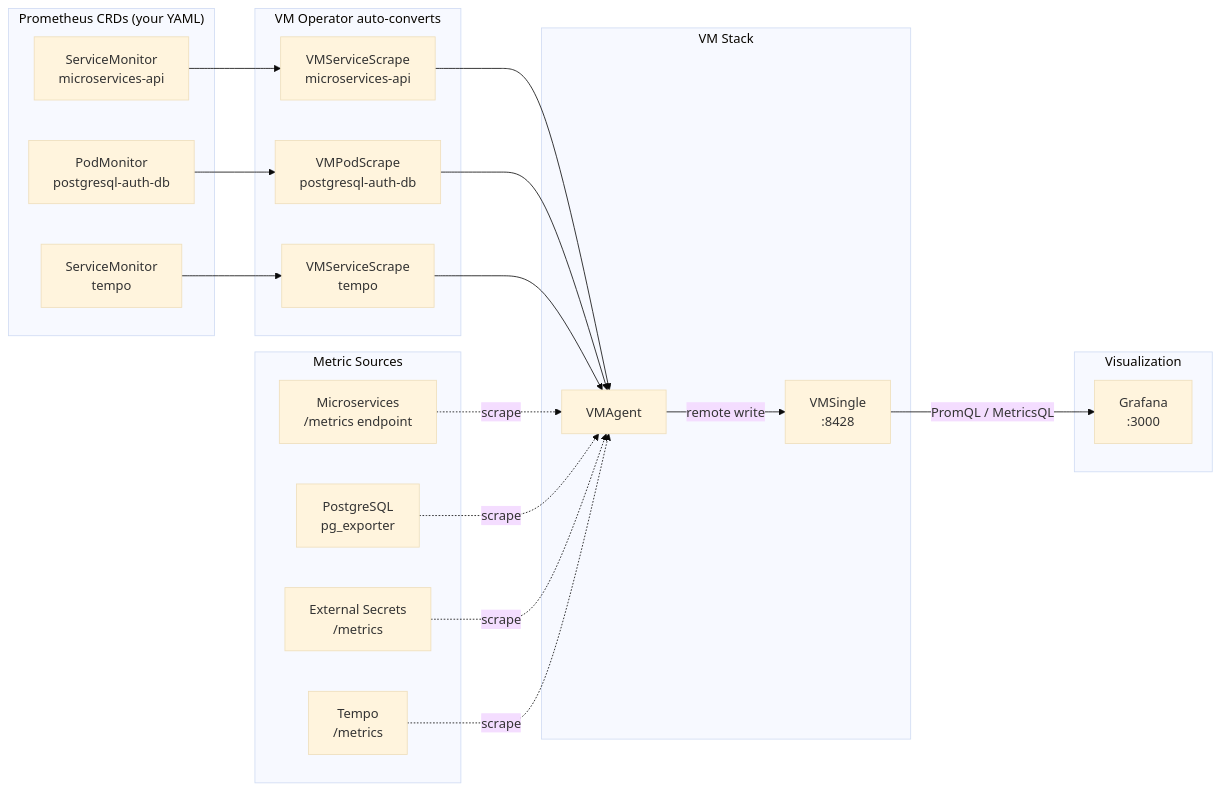
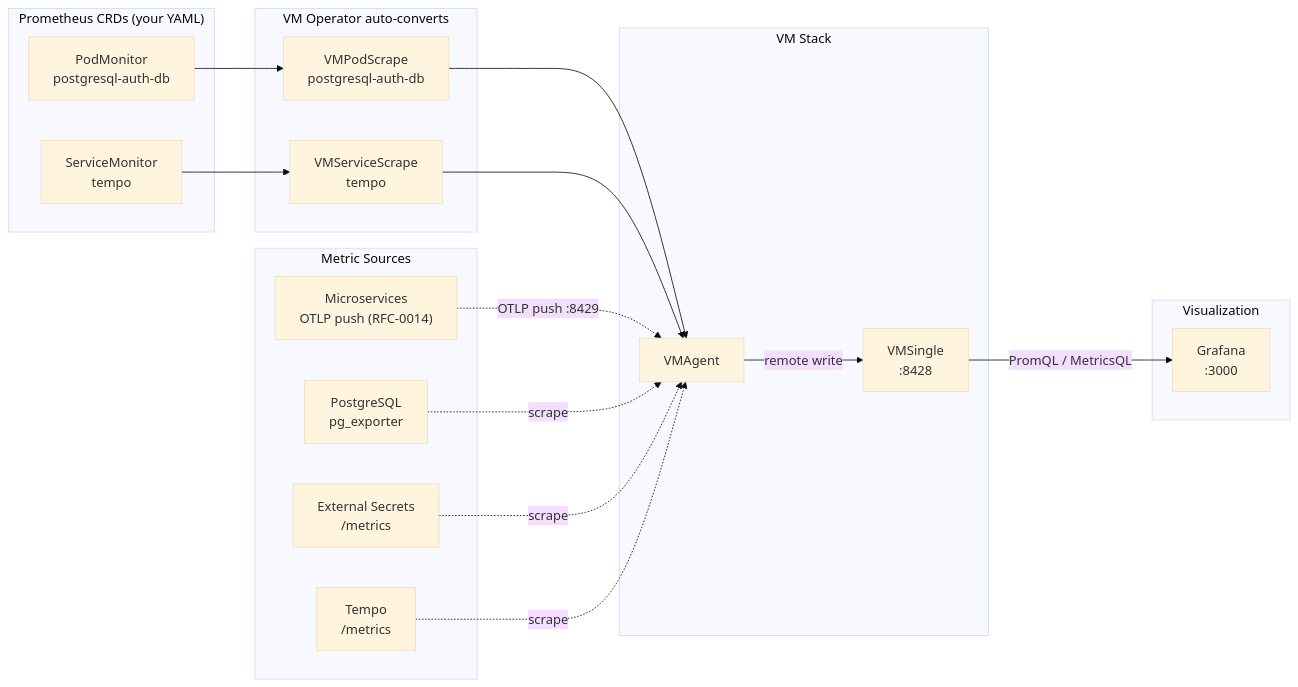
The fourth of 6 diagrams in docs/observability/metrics/victoriametrics.md (duynhlab/homelab), drawn with Mermaid (base theme) before and after one commit. The commit also changed other lines of this file and 13 other files, not shown here.

````diff
--- a/docs/observability/metrics/victoriametrics.md
+++ b/docs/observability/metrics/victoriametrics.md
@@ -448,46 +449,42 @@
 ```mermaid
 flowchart LR
     subgraph sources ["Metric Sources"]
-        Apps["Microservices<br/>/metrics endpoint"]
+        Apps["Microservices<br/>OTLP push (RFC-0014)"]
         PG["PostgreSQL<br/>pg_exporter"]
         ESO["External Secrets<br/>/metrics"]
         TempoSvc["Tempo<br/>/metrics"]
     end
 
     subgraph promCRD ["Prometheus CRDs (your YAML)"]
-        SM1["ServiceMonitor<br/>microservices-api"]
         PM1["PodMonitor<br/>postgresql-auth-db"]
         SM2["ServiceMonitor<br/>tempo"]
     end
 
     subgraph autoConv ["VM Operator auto-converts"]
-        VMSS1["VMServiceScrape<br/>microservices-api"]
         VMPS1["VMPodScrape<br/>postgresql-auth-db"]
         VMSS2["VMServiceScrape<br/>tempo"]
     end
 
     subgraph vmStack ["VM Stack"]
         VMAgent_f["VMAgent"]
         VMSingle_f["VMSingle<br/>:8428"]
     end
 
     subgraph viz ["Visualization"]
         Grafana_f["Grafana<br/>:3000"]
     end
 
-    SM1 --> VMSS1
     PM1 --> VMPS1
     SM2 --> VMSS2
 
-    VMSS1 --> VMAgent_f
     VMPS1 --> VMAgent_f
     VMSS2 --> VMAgent_f
 
     VMAgent_f -->|"remote write"| VMSingle_f
     VMSingle_f -->|"PromQL / MetricsQL"| Grafana_f
 
-    Apps -.->|scrape| VMAgent_f
+    Apps -.->|"OTLP push :8429"| VMAgent_f
     PG -.->|scrape| VMAgent_f
     ESO -.->|scrape| VMAgent_f
     TempoSvc -.->|scrape| VMAgent_f
 ```
````
